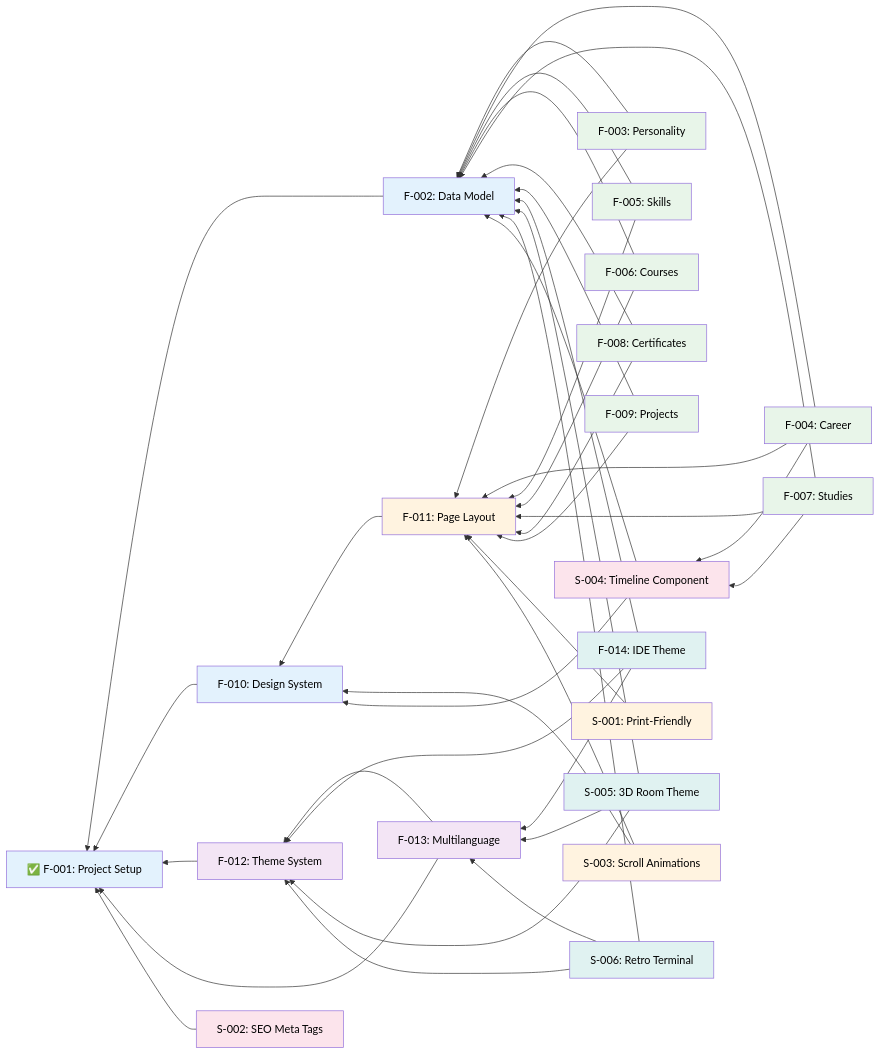
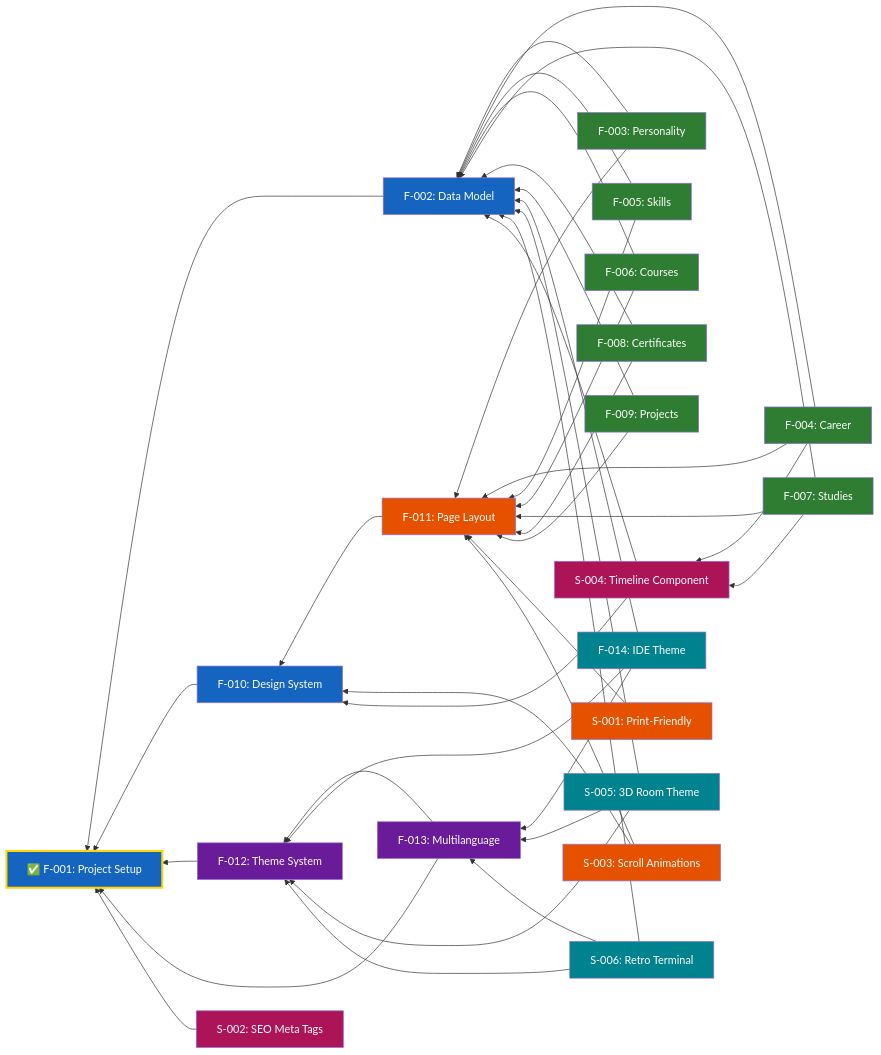
The diagram in docs/Features.md (garcipat/cv-website), drawn with Mermaid before and after one commit. The commit also changed 3 other files, not shown here.

```diff
--- a/docs/Features.md
+++ b/docs/Features.md
@@ -141,19 +141,16 @@
     F004 --> S004
     F007 --> S004
 
-    classDef done fill:#4caf50,color:#ffffff
-    classDef inProgress fill:#ff9800,color:#000000
-    classDef planned fill:#9e9e9e,color:#ffffff
-    classDef projectSetup fill:#e3f2fd,color:#000000
-    classDef cvSections fill:#e8f5e9,color:#000000
-    classDef layoutNavigation fill:#fff3e0,color:#000000
-    classDef themeInfrastructure fill:#f3e5f5,color:#000000
-    classDef themes fill:#e0f2f1,color:#000000
-    classDef enhancements fill:#fce4ec,color:#000000
+    classDef done stroke:#FFD600,stroke-width:3px
+    classDef inProgress stroke:#FF6F00,stroke-width:3px,stroke-dasharray:4
+    classDef projectSetup fill:#1565C0,color:#ffffff
+    classDef cvSections fill:#2E7D32,color:#ffffff
+    classDef layoutNavigation fill:#E65100,color:#ffffff
+    classDef themeInfrastructure fill:#6A1B9A,color:#ffffff
+    classDef themes fill:#00838F,color:#ffffff
+    classDef enhancements fill:#AD1457,color:#ffffff
 
     class F001 done
-    class F002,F003,F004,F005,F006,F007,F008,F009,F010,F011,F012,F013,F014 planned
-    class S001,S002,S003,S004,S005,S006 planned
     class F001,F002,F010 projectSetup
     class F003,F004,F005,F006,F007,F008,F009 cvSections
     class F011,S001,S003 layoutNavigation
```
